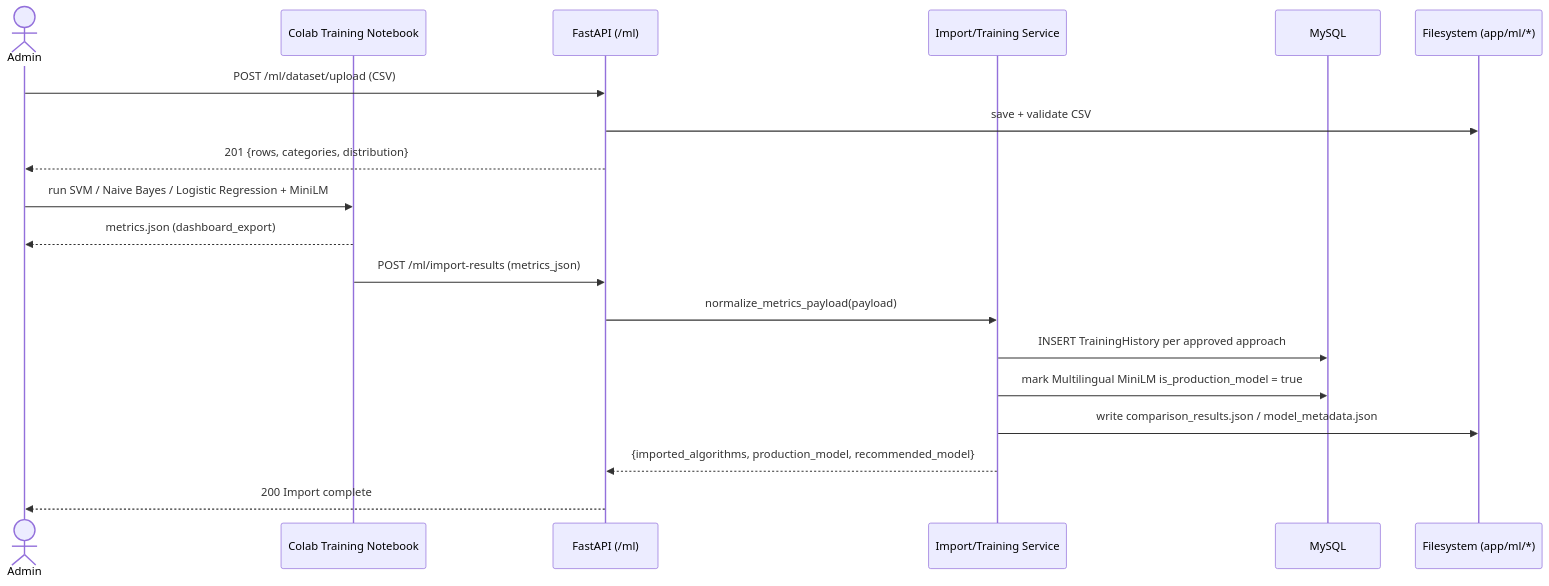
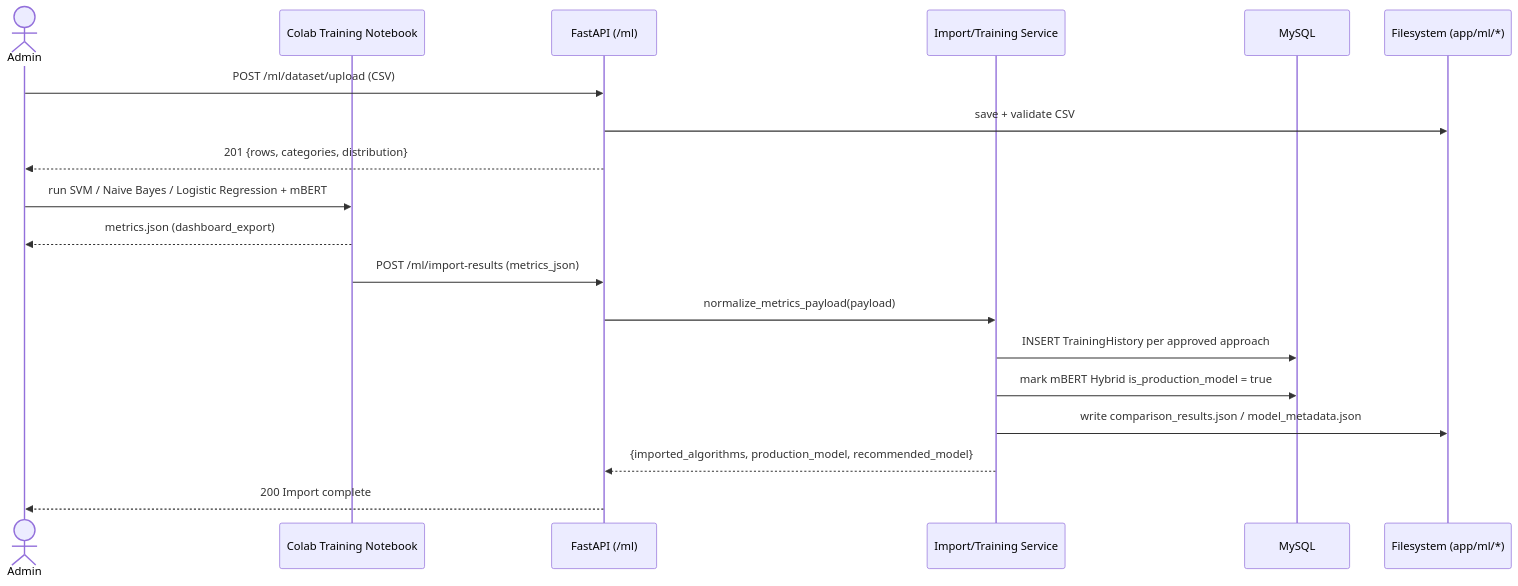
Before and after one commit to rowseiyyyy/Student-Sentiment-Analysis-System: the fourth of 4 diagrams in backend/docs/DIAGRAMS.md, drawn with Mermaid. The commit also changed other lines of this file and 48 other files, not shown here.

First line of the commit message:
Replace Multilingual MiniLM with mBERT Hybrid as the live model

````diff
--- a/backend/docs/DIAGRAMS.md
+++ b/backend/docs/DIAGRAMS.md
@@ -176,23 +176,23 @@
 ```mermaid
 sequenceDiagram
     actor Admin
     participant Colab as Colab Training Notebook
     participant API as FastAPI (/ml)
     participant Training as Import/Training Service
     participant DB as MySQL
     participant FS as Filesystem (app/ml/*)
 
     Admin->>API: POST /ml/dataset/upload (CSV)
     API->>FS: save + validate CSV
     API-->>Admin: 201 {rows, categories, distribution}
 
-    Admin->>Colab: run SVM / Naive Bayes / Logistic Regression + MiniLM
+    Admin->>Colab: run SVM / Naive Bayes / Logistic Regression + mBERT
     Colab-->>Admin: metrics.json (dashboard_export)
     Colab->>API: POST /ml/import-results (metrics_json)
     API->>Training: normalize_metrics_payload(payload)
     Training->>DB: INSERT TrainingHistory per approved approach
-    Training->>DB: mark Multilingual MiniLM is_production_model = true
+    Training->>DB: mark mBERT Hybrid is_production_model = true
     Training->>FS: write comparison_results.json / model_metadata.json
     Training-->>API: {imported_algorithms, production_model, recommended_model}
     API-->>Admin: 200 Import complete
 ```
````
